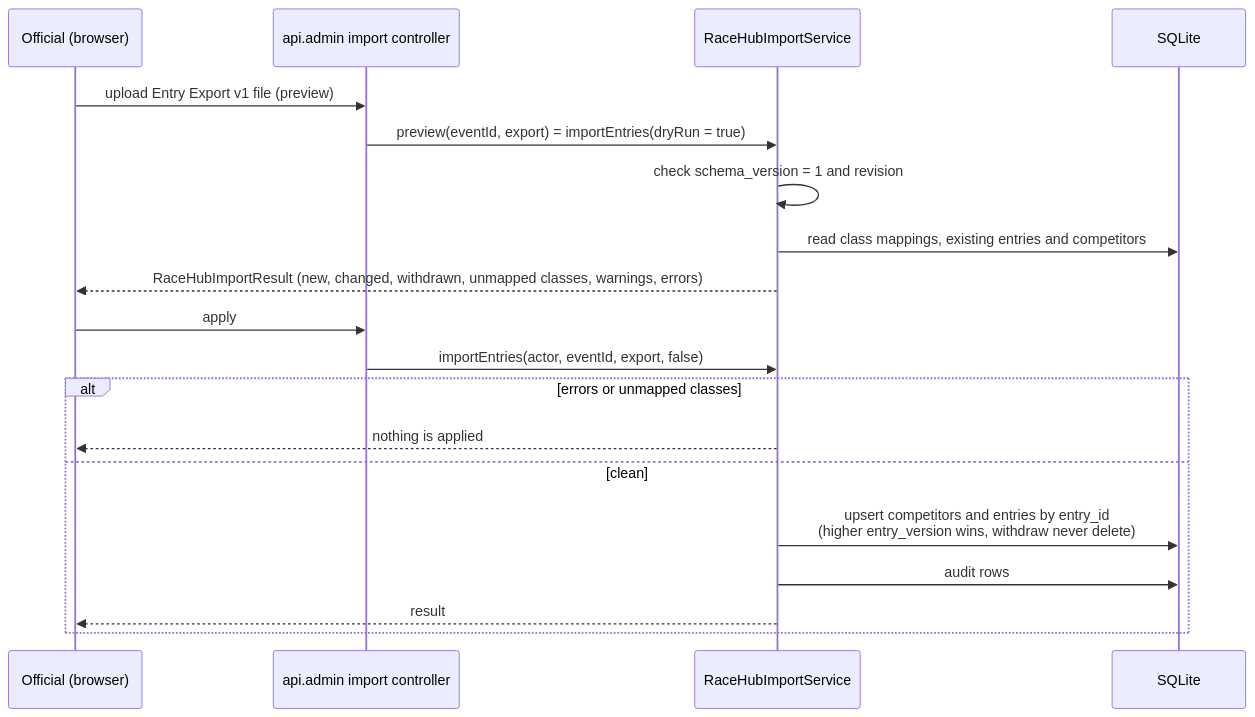
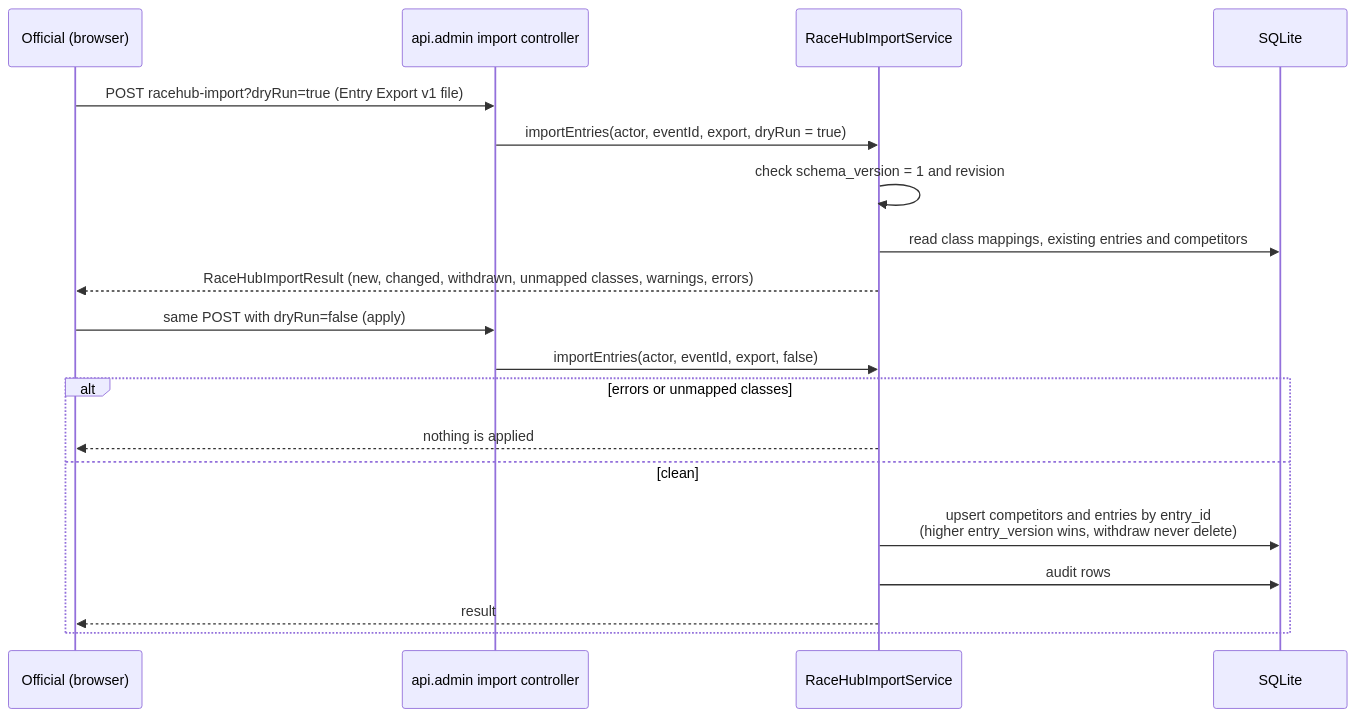
Before and after one commit to RCRaceHub/RCTimingControl: the fifth of 6 diagrams in docs/developer/sequences.md, drawn with Mermaid. The commit also changed other lines of this file and 4 other files, not shown here.

First line of the commit message:
Fix diagram inaccuracies found in review (#347)

````diff
--- a/docs/developer/sequences.md
+++ b/docs/developer/sequences.md
@@ -147,22 +148,22 @@
 ```mermaid
 sequenceDiagram
     participant O as Official (browser)
     participant C as api.admin import controller
     participant I as RaceHubImportService
     participant DB as SQLite
 
-    O->>C: upload Entry Export v1 file (preview)
-    C->>I: preview(eventId, export) = importEntries(dryRun = true)
+    O->>C: POST racehub-import?dryRun=true (Entry Export v1 file)
+    C->>I: importEntries(actor, eventId, export, dryRun = true)
     I->>I: check schema_version = 1 and revision
     I->>DB: read class mappings, existing entries and competitors
     I-->>O: RaceHubImportResult (new, changed, withdrawn, unmapped classes, warnings, errors)
-    O->>C: apply
+    O->>C: same POST with dryRun=false (apply)
     C->>I: importEntries(actor, eventId, export, false)
     alt errors or unmapped classes
         I-->>O: nothing is applied
     else clean
         I->>DB: upsert competitors and entries by entry_id<br/>(higher entry_version wins, withdraw never delete)
         I->>DB: audit rows
         I-->>O: result
     end
 ```
````
